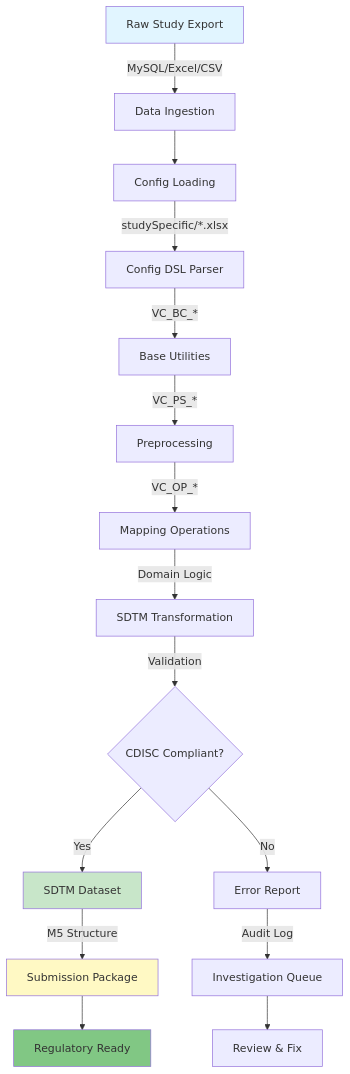
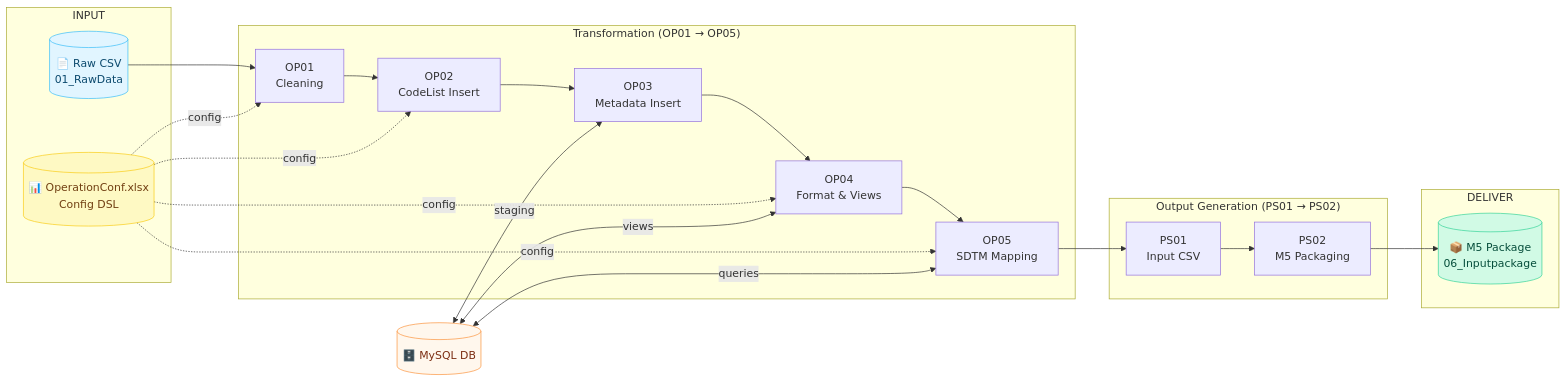
One commit to hakupao/SDTM-Mapping-System changed the diagram in README.md. Above: the diagram before and after it, drawn with Mermaid. The commit also changed other lines of this file and 3 other files, not shown here.

````diff
--- a/README.md
+++ b/README.md
@@ -53,27 +62,40 @@
 ```mermaid
-graph TB
- A[Raw Study Export] -->|MySQL/Excel/CSV| B[Data Ingestion]
- B --> C[Config Loading]
- C -->|studySpecific/*.xlsx| D[Config DSL Parser]
+graph LR
+    subgraph INPUT
+        A[("📄 Raw CSV<br/>01_RawData")]
+        J[("📊 OperationConf.xlsx<br/>Config DSL")]
+    end
 
- D -->|VC_BC_*| E[Base Utilities]
- E -->|VC_PS_*| F[Preprocessing]
- F -->|VC_OP_*| G[Mapping Operations]
+    subgraph TRANSFORM["Transformation (OP01 → OP05)"]
+        B["OP01<br/>Cleaning"]
+        C["OP02<br/>CodeList Insert"]
+        D["OP03<br/>Metadata Insert"]
+        E["OP04<br/>Format & Views"]
+        F["OP05<br/>SDTM Mapping"]
+    end
 
- G -->|Domain Logic| H[SDTM Transformation]
- H -->|Validation| I{CDISC Compliant?}
+    subgraph OUTPUT["Output Generation (PS01 → PS02)"]
+        G["PS01<br/>Input CSV"]
+        H["PS02<br/>M5 Packaging"]
+    end
 
- I -->|Yes| J[SDTM Dataset]
- I -->|No| K[Error Report]
+    subgraph DELIVER
+        I[("📦 M5 Package<br/>06_Inputpackage")]
+    end
 
- J -->|M5 Structure| L[Submission Package]
- K -->|Audit Log| M[Investigation Queue]
+    K[("🗄️ MySQL DB")]
 
- L --> N[ Regulatory Ready]
- M --> O[ Review & Fix]
+    A --> B --> C --> D --> E --> F --> G --> H --> I
+    J -.->|config| B
+    J -.->|config| C
+    J -.->|config| E
+    J -.->|config| F
+    K <-->|staging| D
+    K <-->|views| E
+    K <-->|queries| F
 
- style A fill:#e1f5ff
- style J fill:#c8e6c9
- style L fill:#fff9c4
- style N fill:#81c784
+    style A fill:#e1f5ff,stroke:#38BDF8,color:#0c4a6e
+    style I fill:#d1fae5,stroke:#34D399,color:#064e3b
+    style J fill:#fef9c3,stroke:#FACC15,color:#713f12
+    style K fill:#fff7ed,stroke:#FB923C,color:#7c2d12
 ```
````
